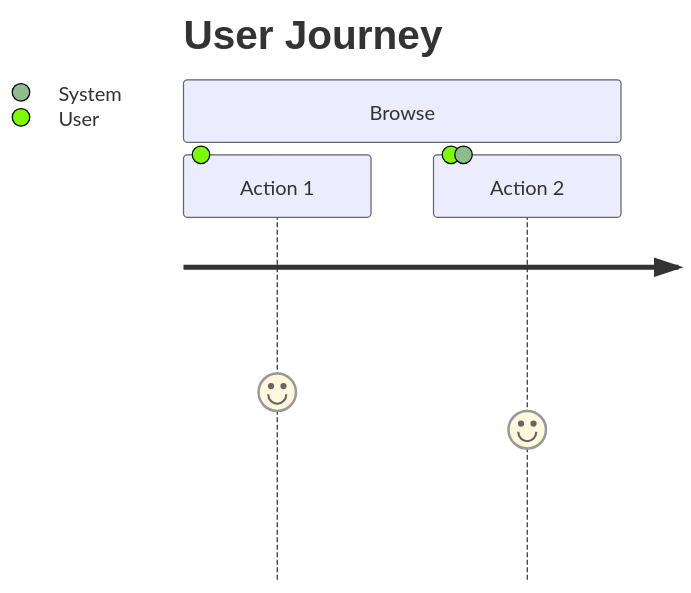
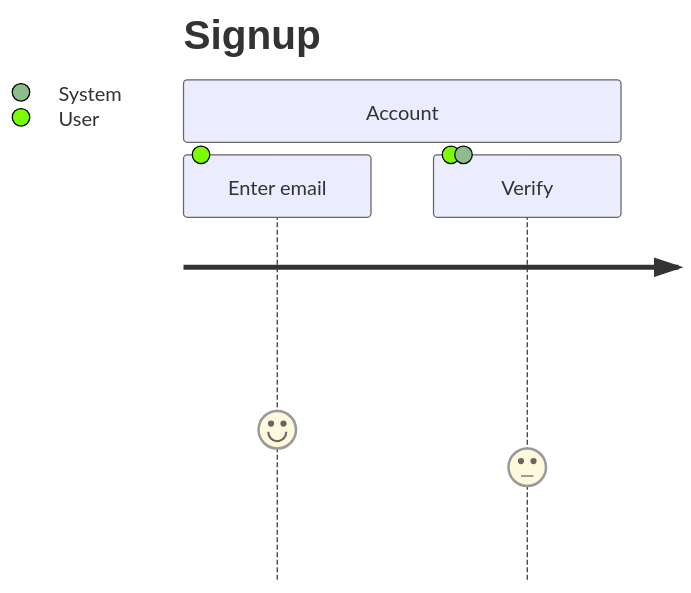
The fourth of 9 diagrams in skills/creating-mermaid-diagrams/references/other-types.md (narumiruna/agent-skills), drawn with Mermaid before and after one commit. The commit also changed other lines of this file and 92 other files, not shown here.

````diff
--- a/skills/creating-mermaid-diagrams/references/other-types.md
+++ b/skills/creating-mermaid-diagrams/references/other-types.md
@@ -74,7 +47,7 @@
 ```mermaid
 journey
-    title User Journey
-    section Browse
-      Action 1: 5: User
-      Action 2: 4: User, System
+    title Signup
+    section Account
+      Enter email: 4: User
+      Verify: 3: User,System
 ```
````
